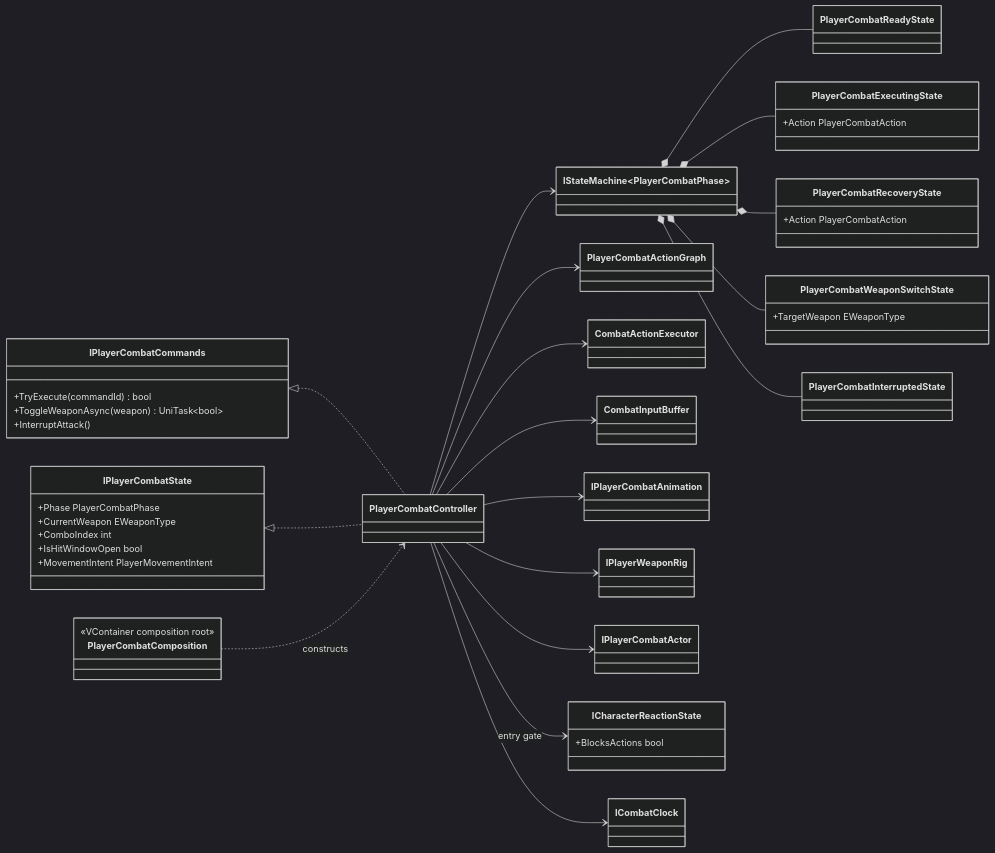
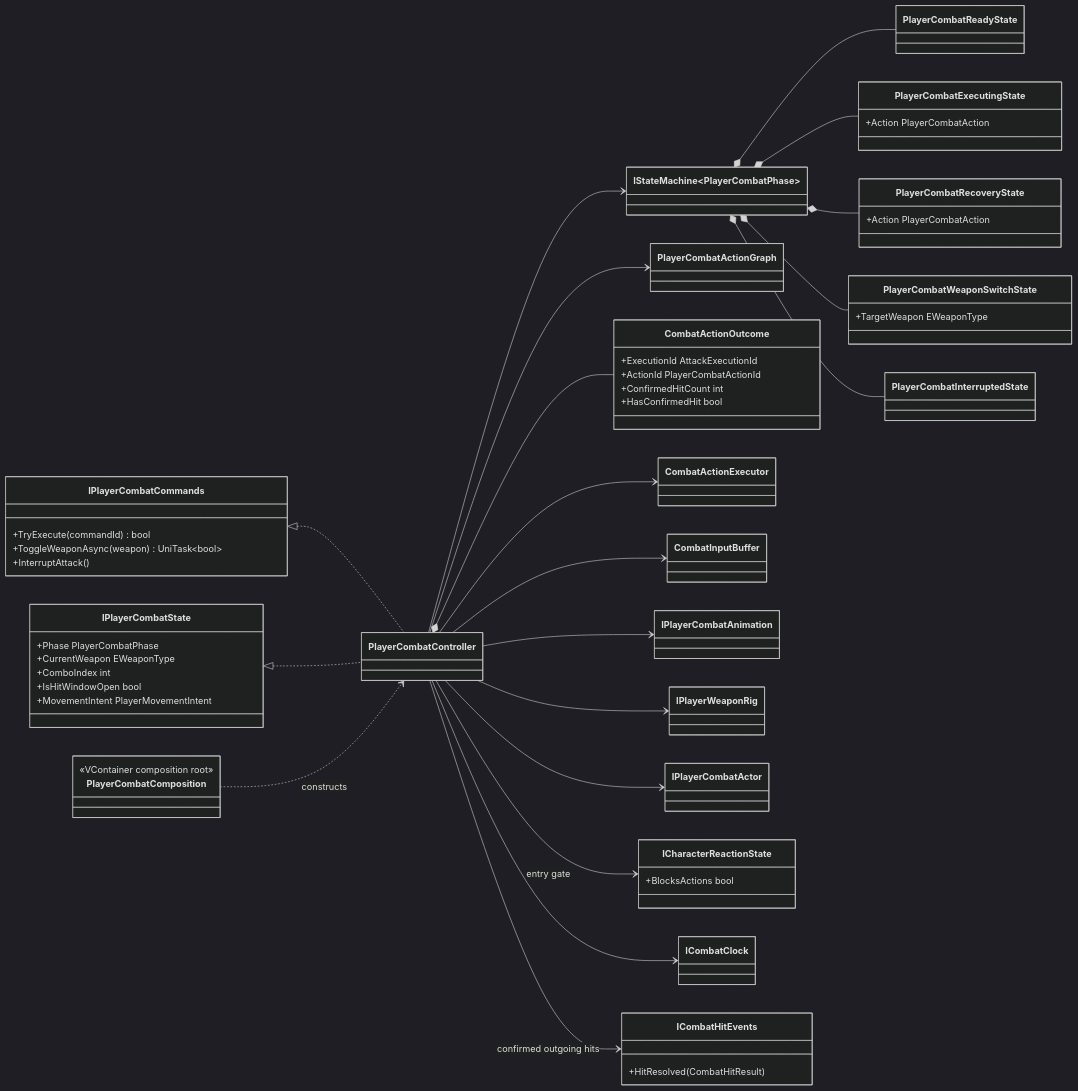
The first of 3 diagrams in Docs/Architecture/Player.Combat.md (MaximFonariuc/project-s), drawn with Mermaid (dark theme) before and after one commit. The commit also changed other lines of this file and 10 other files, not shown here.

Commit message:
feat(combat): gate transitions by action outcome

````diff
--- a/Docs/Architecture/Player.Combat.md
+++ b/Docs/Architecture/Player.Combat.md
@@ -57,61 +57,72 @@
 ```mermaid
 classDiagram
     direction LR
 
     class IPlayerCombatCommands {
         +TryExecute(commandId) bool
         +ToggleWeaponAsync(weapon) UniTask~bool~
         +InterruptAttack()
     }
     class IPlayerCombatState {
         +Phase PlayerCombatPhase
         +CurrentWeapon EWeaponType
         +ComboIndex int
         +IsHitWindowOpen bool
         +MovementIntent PlayerMovementIntent
     }
     class PlayerCombatController
     class IStateMachine~PlayerCombatPhase~
     class PlayerCombatReadyState
     class PlayerCombatExecutingState {
         +Action PlayerCombatAction
     }
     class PlayerCombatRecoveryState {
         +Action PlayerCombatAction
     }
     class PlayerCombatWeaponSwitchState {
         +TargetWeapon EWeaponType
     }
     class PlayerCombatInterruptedState
     class PlayerCombatActionGraph
+    class CombatActionOutcome {
+        +ExecutionId AttackExecutionId
+        +ActionId PlayerCombatActionId
+        +ConfirmedHitCount int
+        +HasConfirmedHit bool
+    }
     class CombatActionExecutor
     class CombatInputBuffer
     class IPlayerCombatAnimation
     class IPlayerWeaponRig
     class IPlayerCombatActor
     class ICharacterReactionState {
         +BlocksActions bool
     }
     class ICombatClock
+    class ICombatHitEvents {
+        +HitResolved(CombatHitResult)
+    }
     class PlayerCombatComposition {
         <<VContainer composition root>>
     }
 
     IPlayerCombatCommands <|.. PlayerCombatController
     IPlayerCombatState <|.. PlayerCombatController
     PlayerCombatController --> IStateMachine~PlayerCombatPhase~
     PlayerCombatController --> PlayerCombatActionGraph
+    PlayerCombatController *-- CombatActionOutcome
+    PlayerCombatController --> ICombatHitEvents : confirmed outgoing hits
     PlayerCombatController --> CombatActionExecutor
     PlayerCombatController --> CombatInputBuffer
     PlayerCombatController --> IPlayerCombatAnimation
     PlayerCombatController --> IPlayerWeaponRig
     PlayerCombatController --> IPlayerCombatActor
     PlayerCombatController --> ICharacterReactionState : entry gate
     PlayerCombatController --> ICombatClock
     IStateMachine~PlayerCombatPhase~ *-- PlayerCombatReadyState
     IStateMachine~PlayerCombatPhase~ *-- PlayerCombatExecutingState
     IStateMachine~PlayerCombatPhase~ *-- PlayerCombatRecoveryState
     IStateMachine~PlayerCombatPhase~ *-- PlayerCombatWeaponSwitchState
     IStateMachine~PlayerCombatPhase~ *-- PlayerCombatInterruptedState
     PlayerCombatComposition ..> PlayerCombatController : constructs
 ```
````
